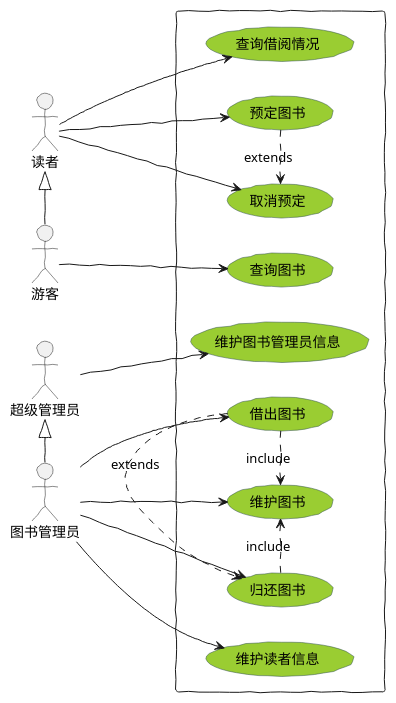
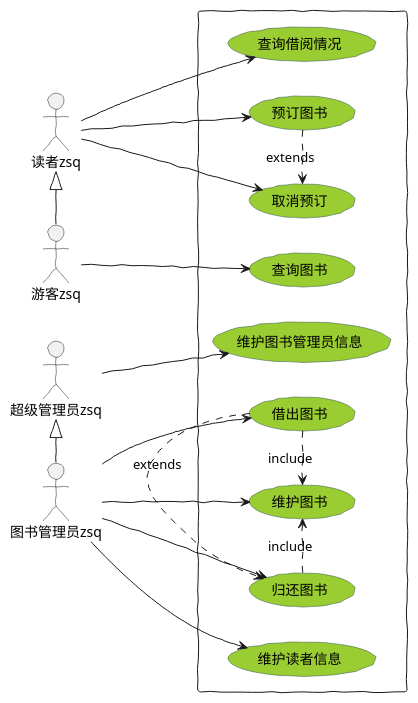
One commit to ccm1314/is_analysis-15 changed the diagram in test2/周世强-用例图.wsd. Above: the diagram before and after it, drawn with PlantUML.

```diff
--- a/test2/周世强-用例图.wsd
+++ b/test2/周世强-用例图.wsd
@@ -1,47 +1,47 @@
 @startuml
 
 
 skinparam packageStyle rectangle
 
-:超级管理员: as root
-:图书管理员: as manage
-:游客: as visitor
-:读者: as reader
+:超级管理员zsq: as root
+:图书管理员zsq: as manage
+:游客zsq: as visitor
+:读者zsq: as reader
 
 reader <|- visitor
 root <|- manage
 rectangle  {
 	left to right direction
 	manage -> (维护图书)
 	manage --> (借出图书)
 	manage -> (归还图书)
 	manage -> (维护读者信息)
 
 	root --> (维护图书管理员信息)
 
 
 	visitor --> (查询图书)
 
 	reader -> (查询借阅情况)
-	reader -> (预定图书)
-	reader -> (取消预定)
+	reader -> (预订图书)
+	reader -> (取消预订)
 
 	(借出图书) .> (归还图书) : extends
-	(预定图书) .> (取消预定) : extends
+	(预订图书) .> (取消预订) : extends
 	(借出图书) .> (维护图书) : include
 	(归还图书) .> (维护图书) : include
 
 
 
 }
 
 skinparam handwritten true
 skinparam usecase {
 	BackgroundColor YellowGreen
 	BorderColor DarkSlateGray
 	ArrowColor Olive
 	ActorBorderColor black
 	ActorFontName Courier
 
 }
 @enduml
```
